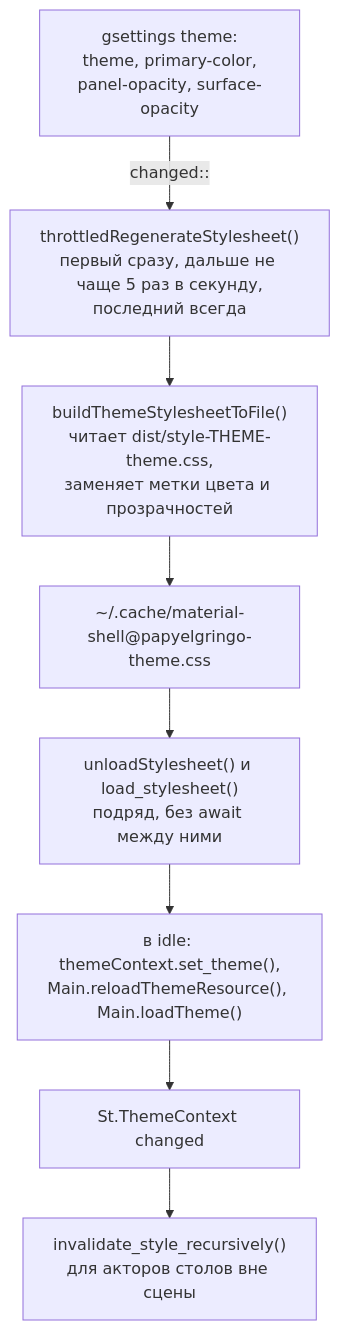
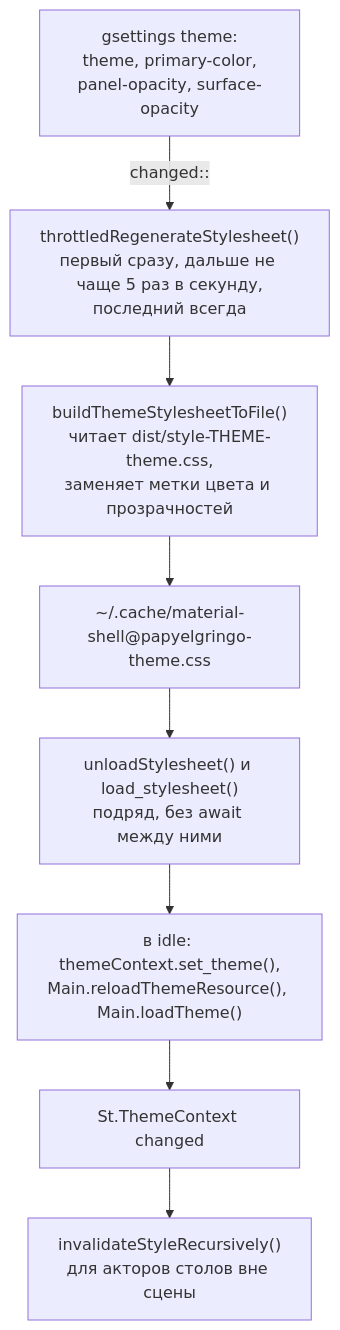
One commit to 3axapp/material-shell changed the seventh of 8 diagrams in documentation/development/ARCHITECTURE.md. Above: the diagram before and after it, drawn with Mermaid. The commit also changed other lines of this file and 16 other files, not shown here.

````diff
--- a/documentation/development/ARCHITECTURE.md
+++ b/documentation/development/ARCHITECTURE.md
@@ -351,10 +351,10 @@
 ```mermaid
 flowchart TB
     settings["gsettings theme:<br/>theme, primary-color,<br/>panel-opacity, surface-opacity"] -->|"changed::"| throttle["throttledRegenerateStylesheet()<br/>первый сразу, дальше не чаще 5 раз в секунду,<br/>последний всегда"]
     throttle --> build["buildThemeStylesheetToFile()<br/>читает dist/style-THEME-theme.css,<br/>заменяет метки цвета и прозрачностей"]
     build --> file["~/.cache/material-shell@papyelgringo-theme.css"]
     file --> reload["unloadStylesheet() и load_stylesheet()<br/>подряд, без await между ними"]
     reload --> idle["в idle: themeContext.set_theme(),<br/>Main.reloadThemeResource(), Main.loadTheme()"]
     idle --> changed["St.ThemeContext changed"]
-    changed --> inval["invalidate_style_recursively()<br/>для акторов столов вне сцены"]
+    changed --> inval["invalidateStyleRecursively()<br/>для акторов столов вне сцены"]
 ```
````
